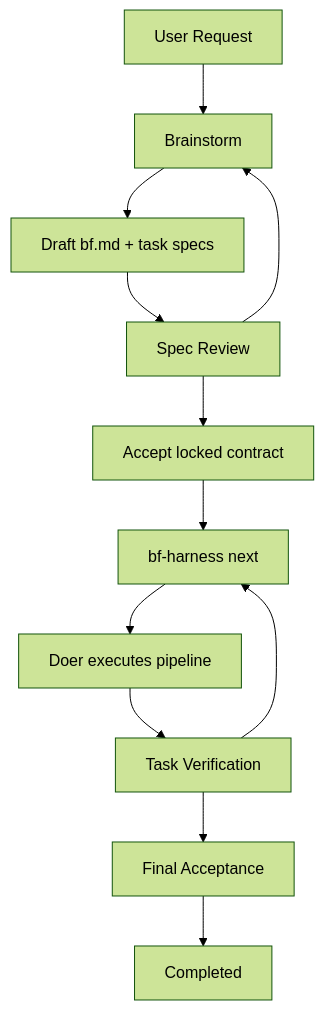
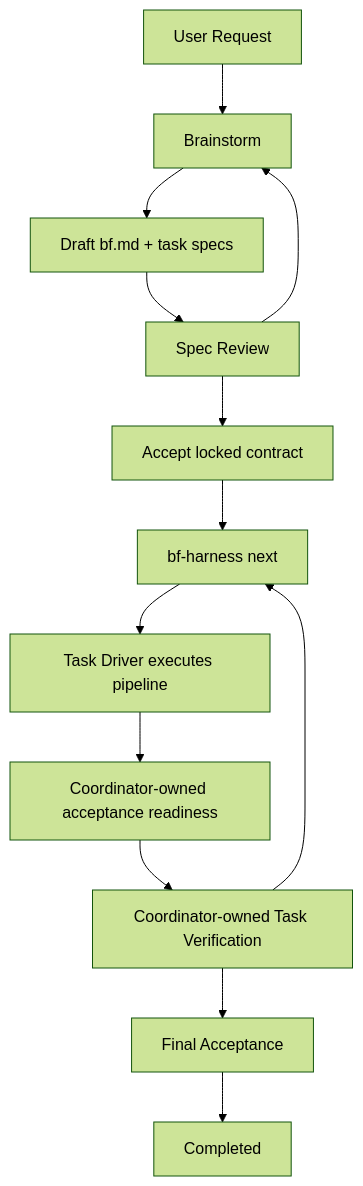
One commit to codetreker/blueprintflow changed the diagram in docs/spec.md. Above: the diagram before and after it, drawn with Mermaid (forest theme). The commit also changed other lines of this file and 29 other files, not shown here.

````diff
--- a/docs/spec.md
+++ b/docs/spec.md
@@ -43,14 +49,15 @@
 ```mermaid
 flowchart TB
   request[User Request] --> brainstorm[Brainstorm]
   brainstorm --> spec[Draft bf.md + task specs]
   spec --> specReview[Spec Review]
   specReview --> accept[Accept locked contract]
   specReview --> brainstorm
   accept --> next[bf-harness next]
-  next --> doer[Doer executes pipeline]
-  doer --> taskReview[Task Verification]
+  next --> driver[Task Driver executes pipeline]
+  driver --> readiness[Coordinator-owned acceptance readiness]
+  readiness --> taskReview[Coordinator-owned Task Verification]
   taskReview --> next
   taskReview --> finalReview[Final Acceptance]
   finalReview --> completed[Completed]
 ```
````
